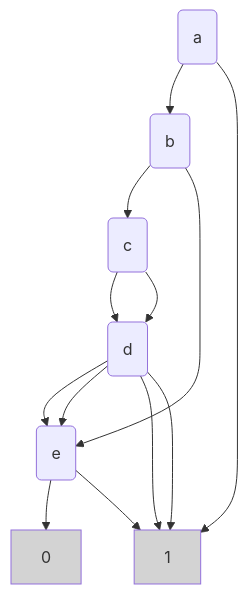
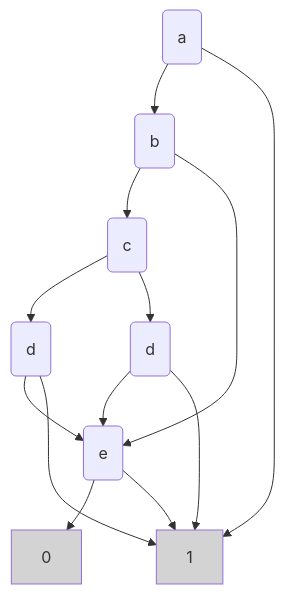
Before and after one commit to Alan-Jowett/dagir: the diagram in samples/expression_bdd_mermaid/complex.md, drawn with Mermaid. The commit also changed 86 other files, not shown here.

````diff
--- a/samples/expression_bdd_mermaid/complex.md
+++ b/samples/expression_bdd_mermaid/complex.md
@@ -1,25 +1,25 @@
 ```mermaid
 graph TB
-  a("a")
-  b("b")
-  c("c")
-  d("d")
-  d("d")
-  e("e")
-  node7["0"]
-  style node7 fill:lightgray
-  node8["1"]
-  style node8 fill:lightgray
-  a --> b
-  a --> node8
-  b --> c
-  b --> e
-  c --> d
-  c --> d
-  d --> e
-  d --> e
-  d --> node8
-  d --> node8
-  e --> node7
-  e --> node8
+  node000("a")
+  node001("b")
+  node002("c")
+  node003("d")
+  node004("d")
+  node005("e")
+  node006["0"]
+  style node006 fill:lightgray
+  node007["1"]
+  style node007 fill:lightgray
+  node000 --> node001
+  node000 --> node007
+  node001 --> node002
+  node001 --> node005
+  node002 --> node003
+  node002 --> node004
+  node003 --> node005
+  node003 --> node007
+  node004 --> node005
+  node004 --> node007
+  node005 --> node006
+  node005 --> node007
 ```
````
